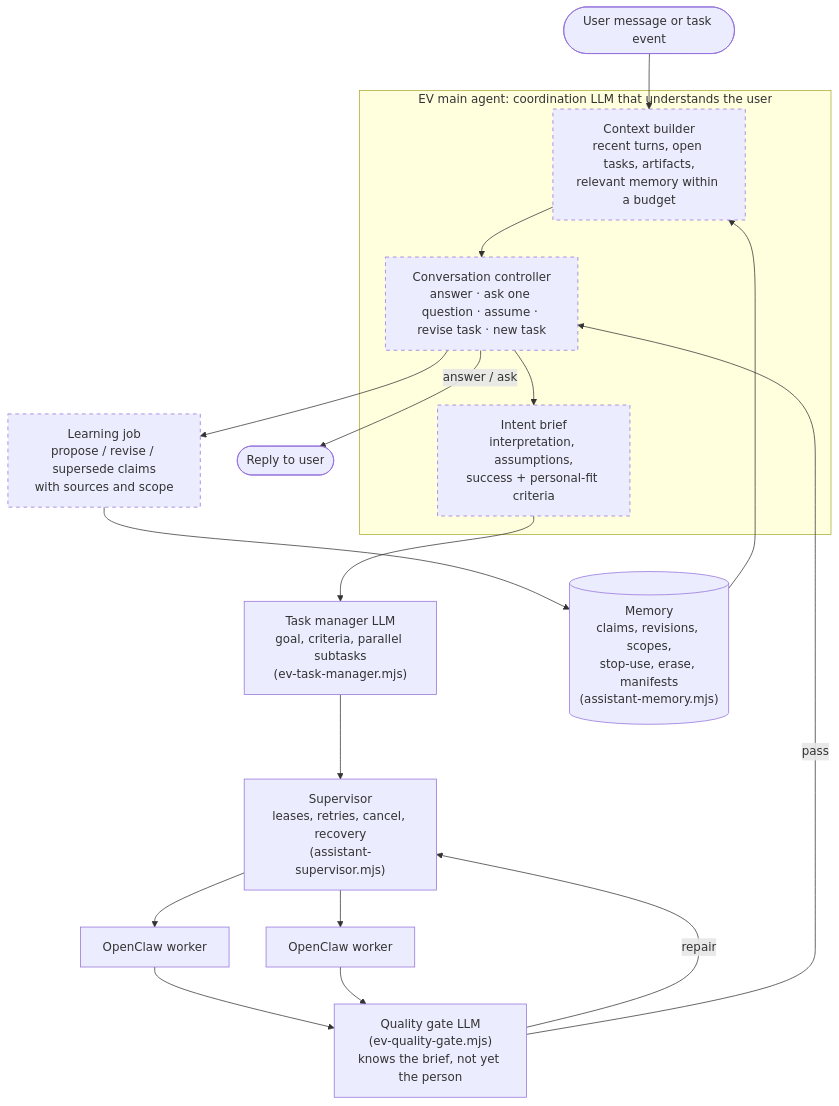
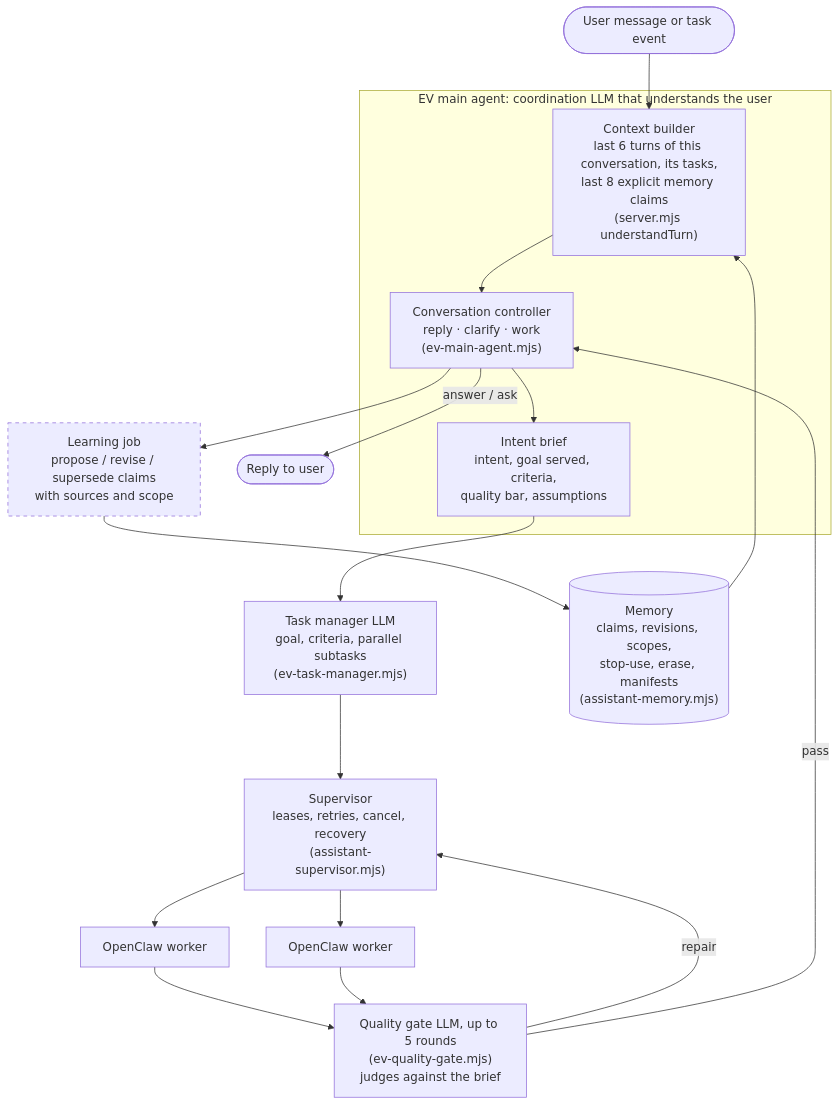
One commit to vulbsti/EV changed the diagram in qa/README.md. Above: the diagram before and after it, drawn with Mermaid. The commit also changed other lines of this file and 9 other files, not shown here.

````diff
--- a/qa/README.md
+++ b/qa/README.md
@@ -11,21 +14,21 @@
 ```mermaid
 flowchart TD
   U([User message or task event]) --> CB
   subgraph EV["EV main agent: coordination LLM that understands the user"]
-    CB["Context builder<br/>recent turns, open tasks, artifacts,<br/>relevant memory within a budget"]:::missing
-    CC["Conversation controller<br/>answer · ask one question · assume · revise task · new task"]:::missing
-    IB["Intent brief<br/>interpretation, assumptions,<br/>success + personal-fit criteria"]:::missing
+    CB["Context builder<br/>last 6 turns of this conversation, its tasks,<br/>last 8 explicit memory claims<br/>(server.mjs understandTurn)"]
+    CC["Conversation controller<br/>reply · clarify · work<br/>(ev-main-agent.mjs)"]
+    IB["Intent brief<br/>intent, goal served, criteria,<br/>quality bar, assumptions"]
     CB --> CC --> IB
   end
   CC -- "answer / ask" --> R([Reply to user])
   IB --> TM["Task manager LLM<br/>goal, criteria, parallel subtasks<br/>(ev-task-manager.mjs)"]
   TM --> SUP["Supervisor<br/>leases, retries, cancel, recovery<br/>(assistant-supervisor.mjs)"]
   SUP --> OC1["OpenClaw worker"] & OC2["OpenClaw worker"]
-  OC1 & OC2 --> QG["Quality gate LLM<br/>(ev-quality-gate.mjs)<br/>knows the brief, not yet the person"]
+  OC1 & OC2 --> QG["Quality gate LLM, up to 5 rounds<br/>(ev-quality-gate.mjs)<br/>judges against the brief"]
   QG -- "repair" --> SUP
   QG -- "pass" --> CC
   CC --> L["Learning job<br/>propose / revise / supersede claims<br/>with sources and scope"]:::missing
   L --> M[("Memory<br/>claims, revisions, scopes,<br/>stop-use, erase, manifests<br/>(assistant-memory.mjs)")]
   M --> CB
   classDef missing stroke-dasharray: 5 5
 ```
````
